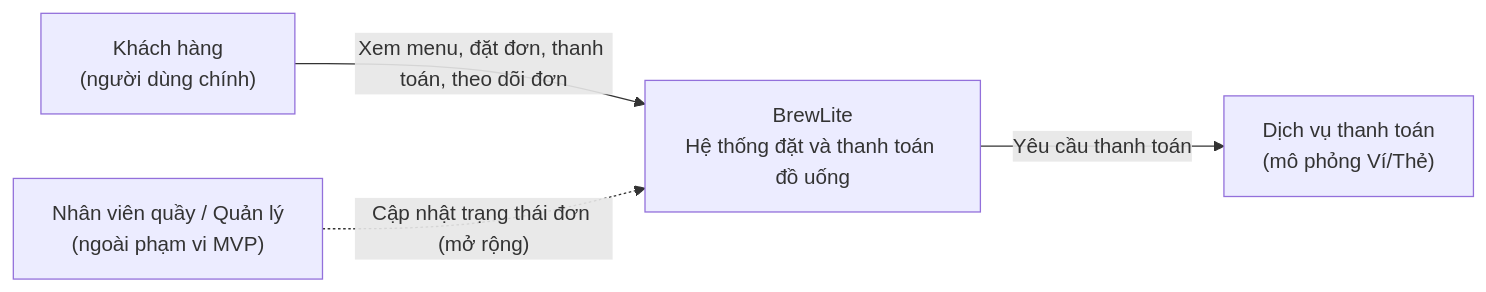
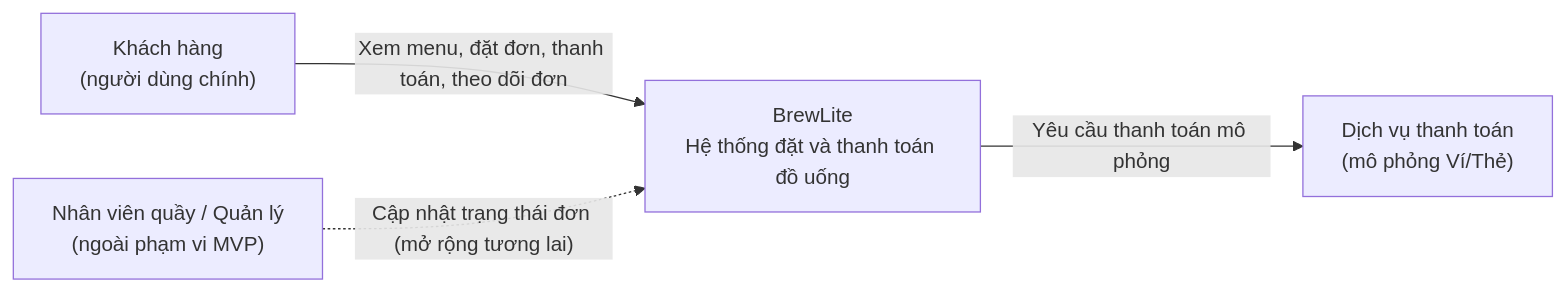
Before and after one commit to Thori2724/BrewLite-CNPM-nh-m-12: the first of 2 diagrams in docs/architecture/architecture.md, drawn with Mermaid. The commit also changed other lines of this file and 6 other files, not shown here.

Commit message:
docs(architecture): dong bo kien truc voi hop dong api va trien khai render

````diff
--- a/docs/architecture/architecture.md
+++ b/docs/architecture/architecture.md
@@ -28,11 +30,11 @@
 ```mermaid
 flowchart LR
     KH["Khách hàng<br/>(người dùng chính)"]
     BL["BrewLite<br/>Hệ thống đặt và thanh toán đồ uống"]
     PAY["Dịch vụ thanh toán<br/>(mô phỏng Ví/Thẻ)"]
     BAR["Nhân viên quầy / Quản lý<br/>(ngoài phạm vi MVP)"]
 
     KH -->|"Xem menu, đặt đơn, thanh toán, theo dõi đơn"| BL
-    BL -->|"Yêu cầu thanh toán"| PAY
-    BAR -.->|"Cập nhật trạng thái đơn (mở rộng)"| BL
+    BL -->|"Yêu cầu thanh toán mô phỏng"| PAY
+    BAR -.->|"Cập nhật trạng thái đơn (mở rộng tương lai)"| BL
 ```
````
